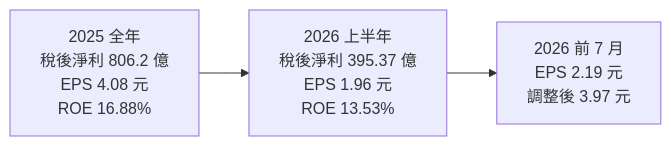
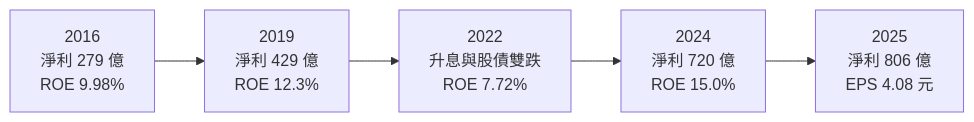
The third of 4 diagrams in 個股/台股/2891中信金.md (wangnick1004/taiwan-stock-vault), drawn with Mermaid before and after one commit. The commit also changed other lines of this file and 7 other files, not shown here.

````diff
--- a/個股/台股/2891中信金.md
+++ b/個股/台股/2891中信金.md
@@ -147,4 +151,4 @@
 ```mermaid
 flowchart LR
-    Y["2025 全年<br/>稅後淨利 806.2 億<br/>EPS 4.08 元<br/>ROE 16.88%"] --> H1["2026 上半年<br/>稅後淨利 395.37 億<br/>EPS 1.96 元<br/>ROE 13.53%"] --> J7["2026 前 7 月<br/>EPS 2.19 元<br/>調整後 3.97 元"]
+    Y16["2016<br/>淨利 279 億<br/>ROE 9.98%"] --> Y19["2019<br/>淨利 429 億<br/>ROE 12.3%"] --> Y22["2022<br/>升息與股債雙跌<br/>ROE 7.72%"] --> Y24["2024<br/>淨利 720 億<br/>ROE 15.0%"] --> Y25["2025<br/>淨利 806 億<br/>EPS 4.08 元"]
 ```
````
